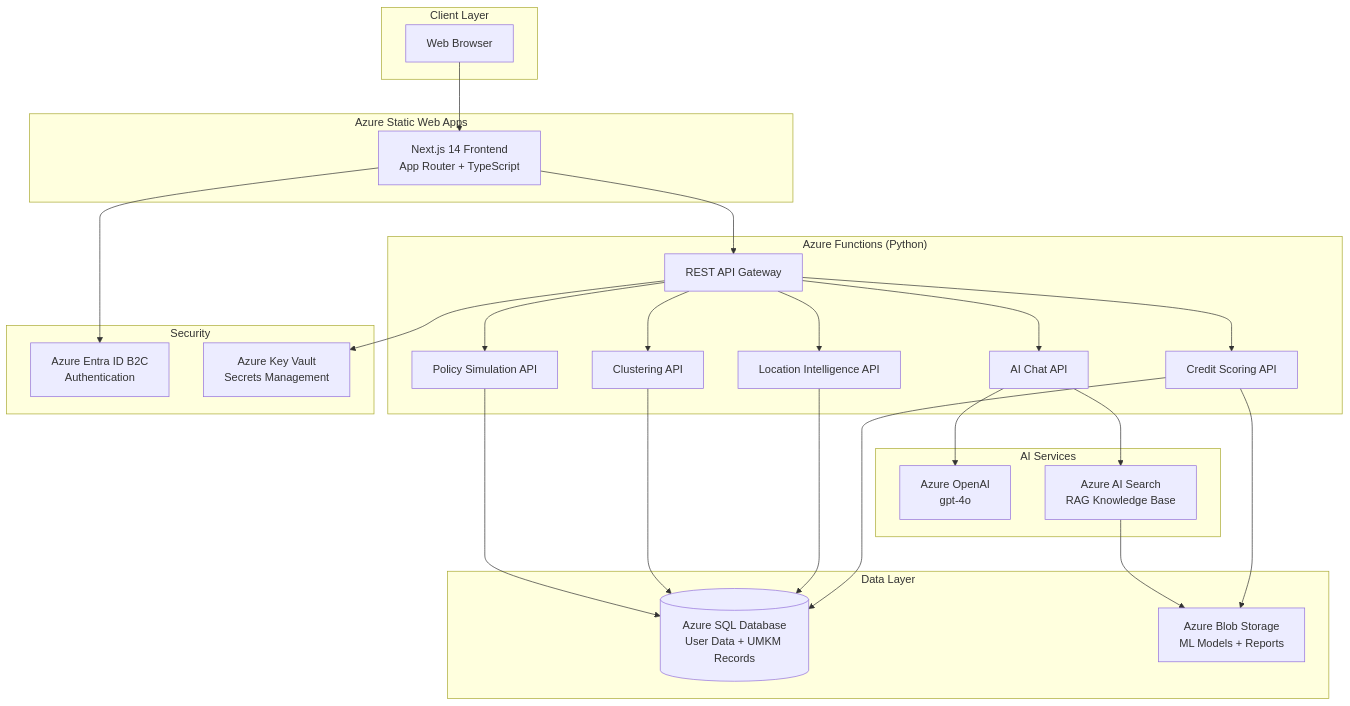
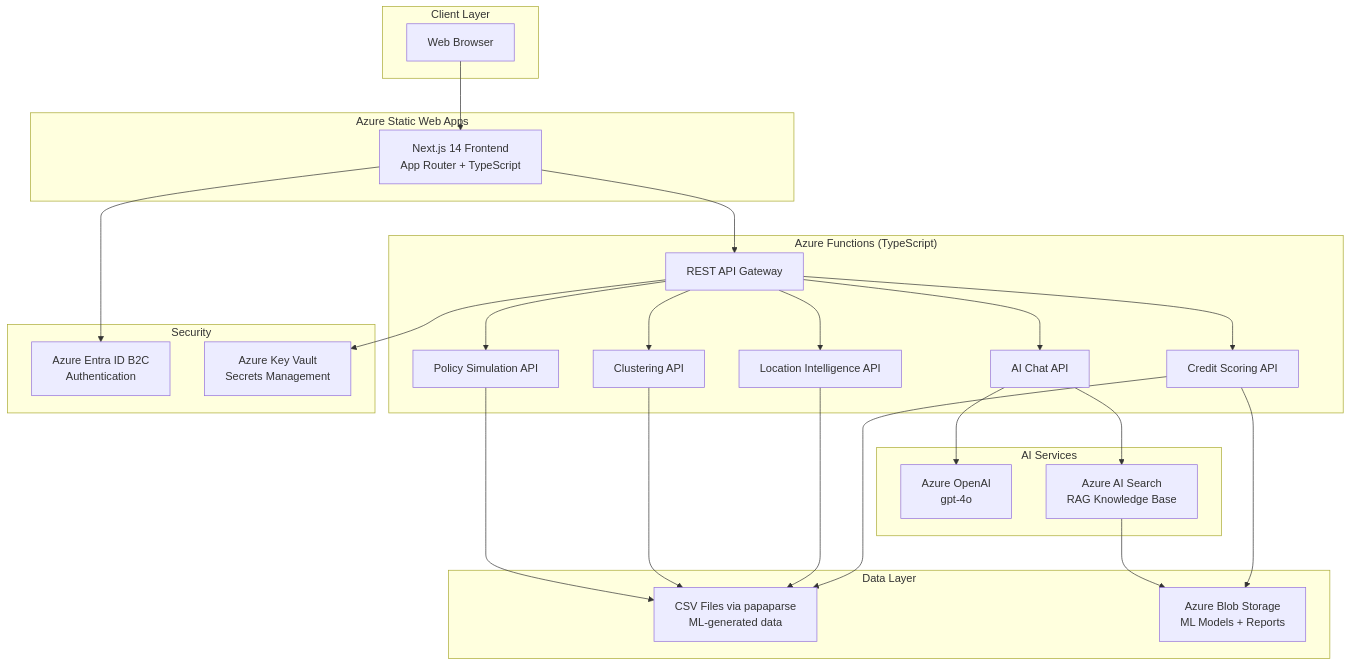
The diagram in docs/ARCHITECTURE.md (masbroustudio/geoumkm-smart-3), drawn with Mermaid before and after one commit. The commit also changed other lines of this file and 3 other files, not shown here.

Commit message:
fix: update docs to V4.0, fix gitignore for CSV data, clean cluster names

````diff
--- a/docs/ARCHITECTURE.md
+++ b/docs/ARCHITECTURE.md
@@ -9,52 +9,52 @@
 ```mermaid
 graph TB
     subgraph "Client Layer"
         Browser[Web Browser]
     end
 
     subgraph "Azure Static Web Apps"
         Frontend[Next.js 14 Frontend<br/>App Router + TypeScript]
     end
 
-    subgraph "Azure Functions (Python)"
+    subgraph "Azure Functions (TypeScript)"
         API[REST API Gateway]
         CS[Credit Scoring API]
         LI[Location Intelligence API]
         CL[Clustering API]
         PS[Policy Simulation API]
         Chat[AI Chat API]
     end
 
     subgraph "AI Services"
         OpenAI[Azure OpenAI<br/>gpt-4o]
         Search[Azure AI Search<br/>RAG Knowledge Base]
     end
 
     subgraph "Data Layer"
-        SQL[(Azure SQL Database<br/>User Data + UMKM Records)]
+        CSV[CSV Files via papaparse<br/>ML-generated data]
         Blob[Azure Blob Storage<br/>ML Models + Reports]
     end
 
     subgraph "Security"
         B2C[Azure Entra ID B2C<br/>Authentication]
         KV[Azure Key Vault<br/>Secrets Management]
     end
 
     Browser --> Frontend
     Frontend --> B2C
     Frontend --> API
     API --> CS
     API --> LI
     API --> CL
     API --> PS
     API --> Chat
     Chat --> OpenAI
     Chat --> Search
-    CS --> SQL
-    LI --> SQL
-    CL --> SQL
-    PS --> SQL
+    CS --> CSV
+    LI --> CSV
+    CL --> CSV
+    PS --> CSV
     CS --> Blob
     API --> KV
     Search --> Blob
 ```
````
